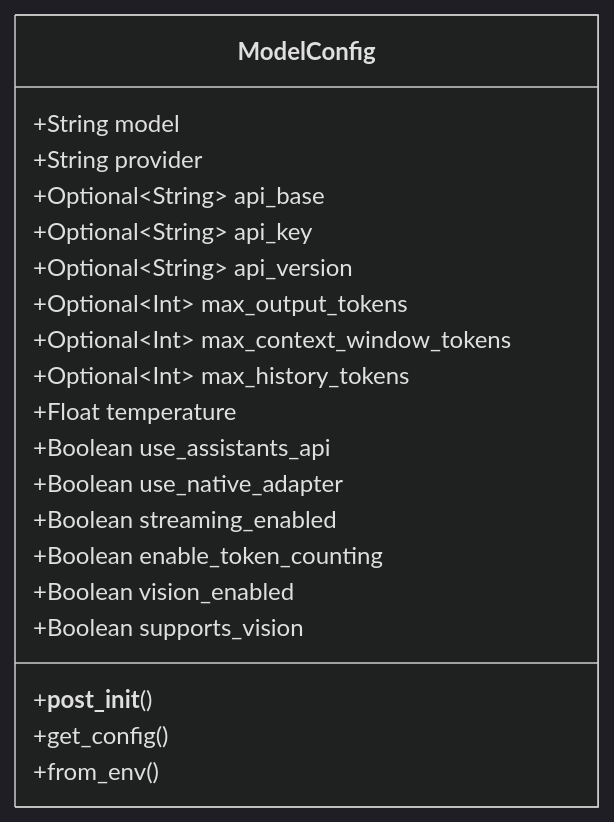
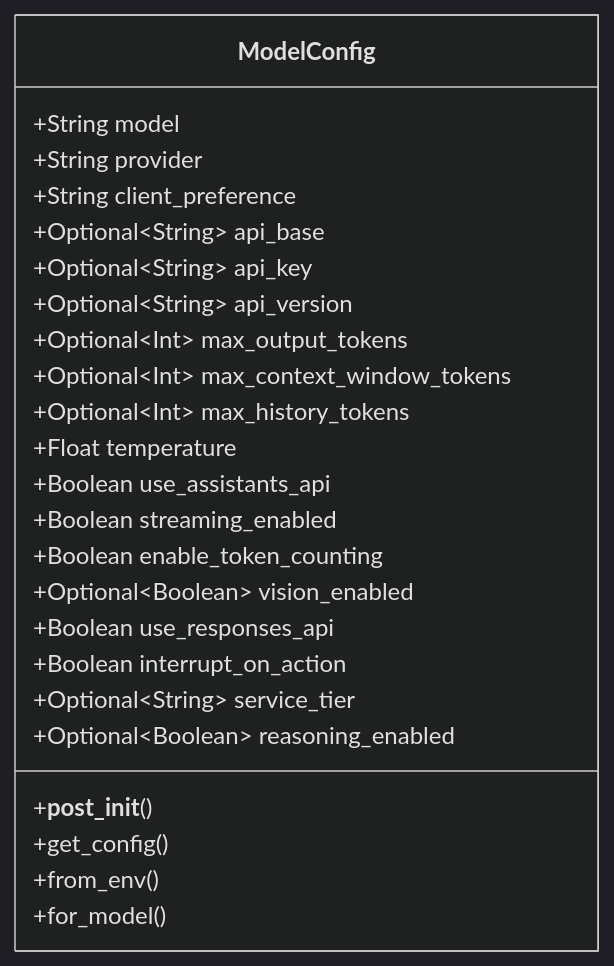
The diagram in docs/docs/api_reference/model_config.md (Maximooch/penguin), drawn with Mermaid (dark theme) before and after one commit. The commit also changed other lines of this file and 92 other files, not shown here.

````diff
--- a/docs/docs/api_reference/model_config.md
+++ b/docs/docs/api_reference/model_config.md
@@ -7,23 +7,27 @@
 ```mermaid
 classDiagram
     class ModelConfig {
         +String model
         +String provider
+        +String client_preference
         +Optional~String~ api_base
         +Optional~String~ api_key
         +Optional~String~ api_version
         +Optional~Int~ max_output_tokens
         +Optional~Int~ max_context_window_tokens
         +Optional~Int~ max_history_tokens
         +Float temperature
         +Boolean use_assistants_api
-        +Boolean use_native_adapter
         +Boolean streaming_enabled
         +Boolean enable_token_counting
-        +Boolean vision_enabled
-        +Boolean supports_vision
+        +Optional~Boolean~ vision_enabled
+        +Boolean use_responses_api
+        +Boolean interrupt_on_action
+        +Optional~String~ service_tier
+        +Optional~Boolean~ reasoning_enabled
         +__post_init__()
         +get_config()
         +from_env()
+        +for_model()
     }
 ```
````
